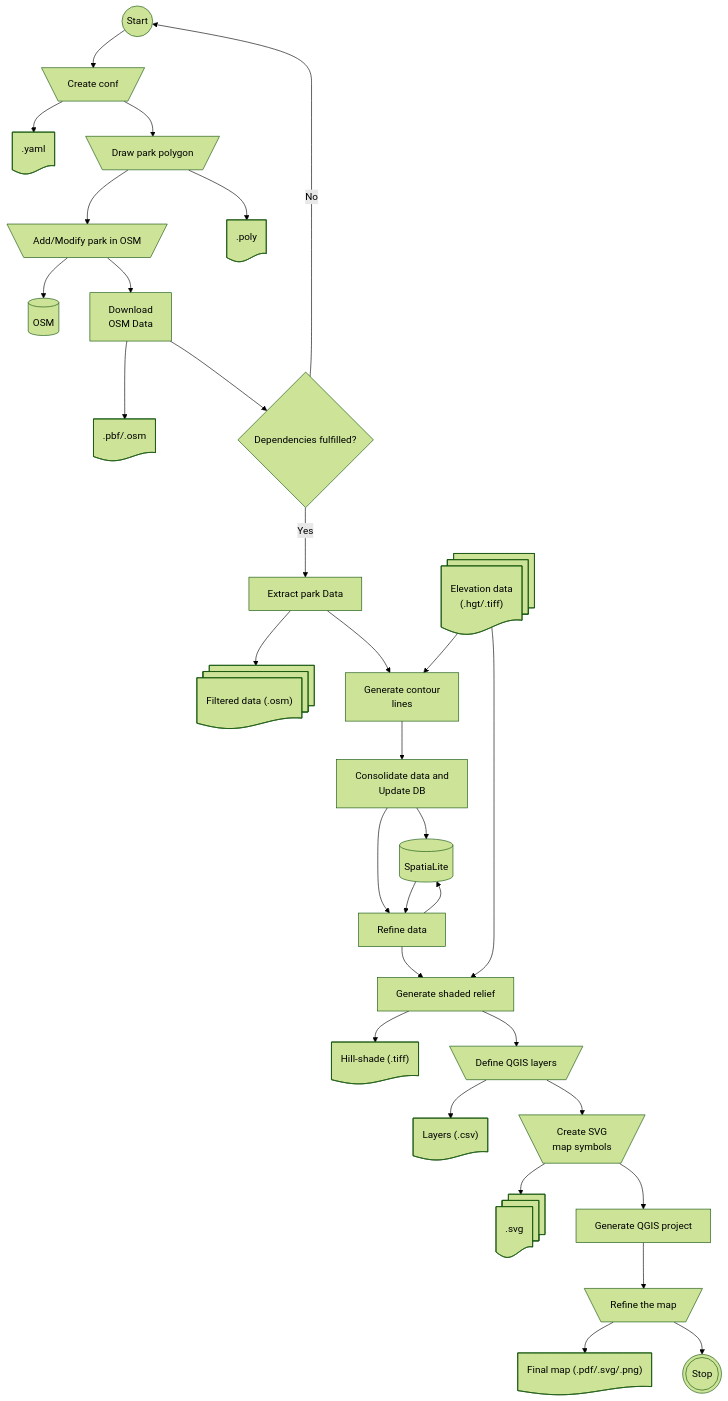
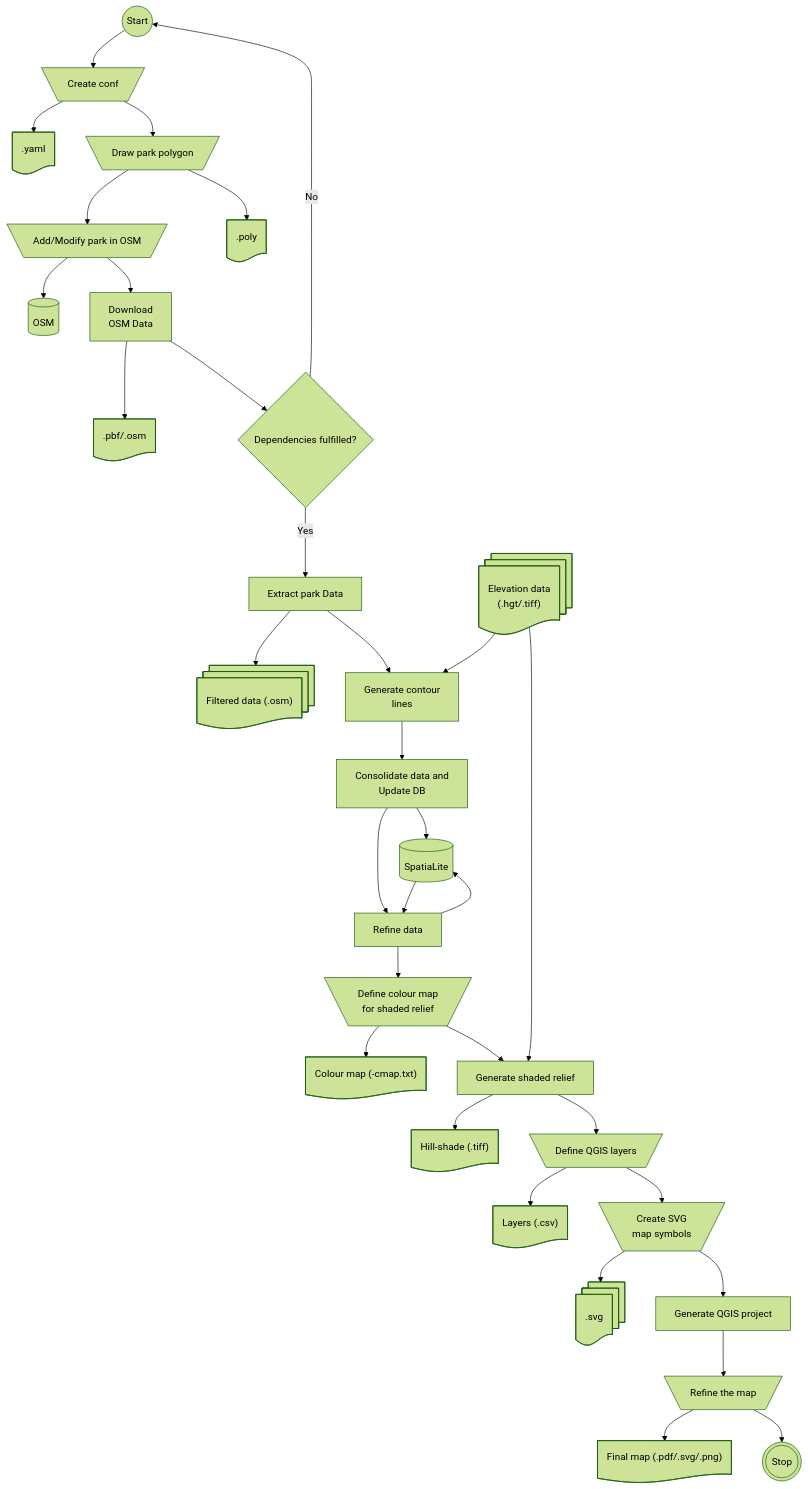
One commit to supunj/sl-np-mapping changed the diagram in README.md. Above: the diagram before and after it, drawn with Mermaid. The commit also changed other lines of this file and 39 other files, not shown here.

````diff
--- a/README.md
+++ b/README.md
@@ -47,61 +47,65 @@
 ```mermaid
     %%{init: {'theme':'forest'}}%%
         flowchart TD
             start@{ shape: circle, label: "Start" }
             create_conf@{ shape: trap-t, label: "Create conf" }
             conf_yaml@{ shape: doc, label: ".yaml" }
             osm_mapping@{ shape: trap-t, label: "Add/Modify park in OSM" }
             park_poly_create@{ shape: trap-t, label: "Draw park polygon" }
             park_poly@{ shape: doc, label: ".poly" }
             osm_db@{ shape: cyl, label: "OSM" }
             osm_download@{ shape: rect, label: "Download \n OSM Data" }
             osm_data@{ shape: doc, label: ".pbf/.osm" }
             extract_park_data@{ shape: rect, label: "Extract park Data" }
             filtered_osm_data@{ shape: docs, label: "Filtered data (.osm)" }
             elevation_data@{ shape: docs, label: "Elevation data \n (.hgt/.tiff)" }
             gen_contour_lines@{ shape: rect, label: "Generate contour \n lines" }
             update_db@{ shape: rect, label: "Consolidate data and \n Update DB" }
             spatialite@{ shape: cyl, label: "SpatiaLite" }
             refine_data@{ shape: rect, label: "Refine data" }
+            define_cmap_for_hill_shade@{ shape: trap-t, label: "Define colour map \n for shaded relief" }
+            cmap_for_hill_shade@{ shape: doc, label: "Colour map (-cmap.txt)" }
             generate_shaded_relief@{ shape: rect, label: "Generate shaded relief" }
             hill_shade_raster@{ shape: doc, label: "Hill-shade (.tiff)" }
             define_qgis_layers@{ shape: trap-t, label: "Define QGIS layers" }
             qgis_layer_definitions@{ shape: doc, label: "Layers (.csv)" }
             create_map_symbols@{ shape: trap-t, label: "Create SVG \n map symbols" }
             map_symbols@{ shape: docs, label: ".svg" }
             generate_qgis_project@{ shape: rect, label: "Generate QGIS project" }
             refine_qgis_project@{ shape: trap-t, label: "Refine the map" }
             final_map@{ shape: doc, label: "Final map (.pdf/.svg/.png)" }
             stop@{ shape: dbl-circ, label: "Stop" }
             
             start --> create_conf
             create_conf --> conf_yaml
             create_conf --> park_poly_create
             park_poly_create --> park_poly
             park_poly_create --> osm_mapping            
             osm_mapping --> osm_db
             osm_mapping --> osm_download
             osm_download --> osm_data
             osm_download --> dependencies{Dependencies fulfilled?}
             dependencies --> |Yes| extract_park_data
             dependencies --> |No| start
             extract_park_data --> filtered_osm_data
             extract_park_data --> gen_contour_lines
             gen_contour_lines --> update_db
             elevation_data --> gen_contour_lines
             update_db --> spatialite
             update_db --> refine_data
             spatialite --> refine_data
             refine_data --> spatialite
-            refine_data --> generate_shaded_relief
+            refine_data --> define_cmap_for_hill_shade
+            define_cmap_for_hill_shade --> cmap_for_hill_shade
+            define_cmap_for_hill_shade --> generate_shaded_relief
             elevation_data --> generate_shaded_relief
             generate_shaded_relief --> hill_shade_raster
             generate_shaded_relief --> define_qgis_layers
             define_qgis_layers --> qgis_layer_definitions            
             define_qgis_layers --> create_map_symbols
             create_map_symbols --> map_symbols
             create_map_symbols --> generate_qgis_project            
             generate_qgis_project --> refine_qgis_project
             refine_qgis_project --> final_map
             refine_qgis_project --> stop
    ```
````
